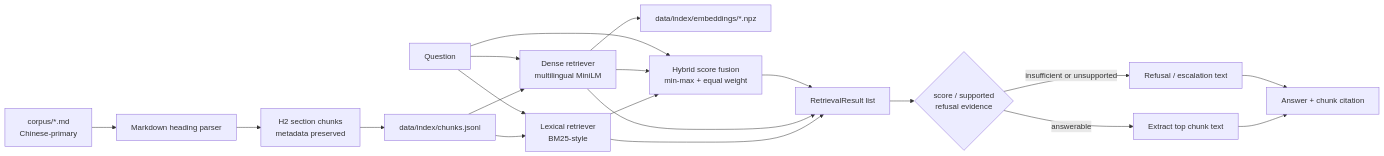
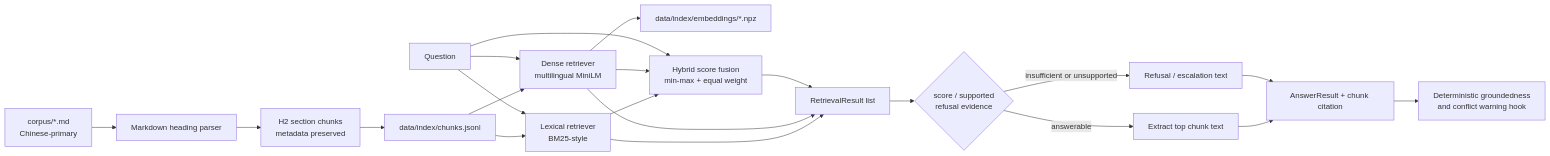
The diagram in DESIGN.md (anderson930420/kb-readiness-agent), drawn with Mermaid before and after one commit. The commit also changed other lines of this file and 4 other files, not shown here.

Commit message:
Add structured answer results and groundedness gate

````diff
--- a/DESIGN.md
+++ b/DESIGN.md
@@ -68,26 +69,27 @@
 ```mermaid
 flowchart LR
     A[corpus/*.md<br/>Chinese-primary] --> B[Markdown heading parser]
     B --> C[H2 section chunks<br/>metadata preserved]
     C --> D[data/index/chunks.jsonl]
 
     D --> L[Lexical retriever<br/>BM25-style]
     D --> E[Dense retriever<br/>multilingual MiniLM]
     E --> Cache[data/index/embeddings/*.npz]
 
     L --> H[Hybrid score fusion<br/>min-max + equal weight]
     E --> H
 
     Q[Question] --> L
     Q --> E
     Q --> H
 
     L --> R[RetrievalResult list]
     E --> R
     H --> R
     R --> G{score / supported<br/>refusal evidence}
     G -->|answerable| X[Extract top chunk text]
     G -->|insufficient or unsupported| F[Refusal / escalation text]
-    X --> Z[Answer + chunk citation]
+    X --> Z[AnswerResult + chunk citation]
     F --> Z
+    Z --> V[Deterministic groundedness<br/>and conflict warning hook]
 ```
````
